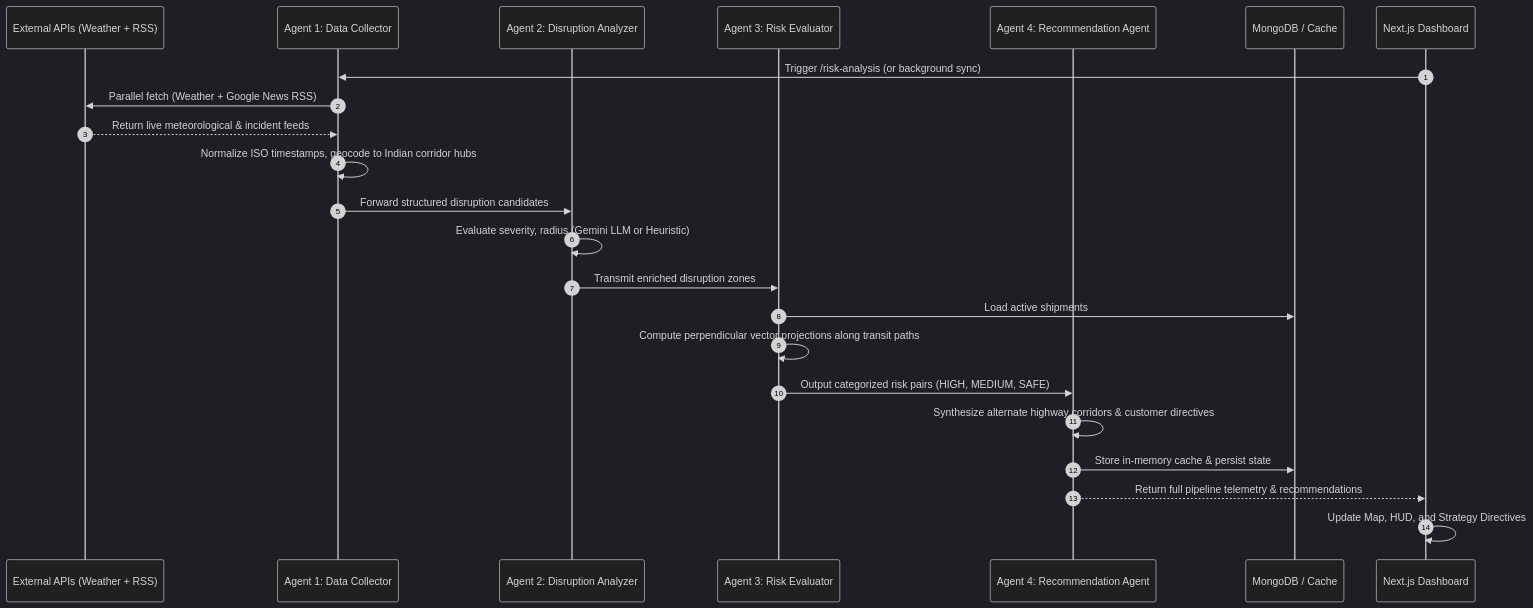
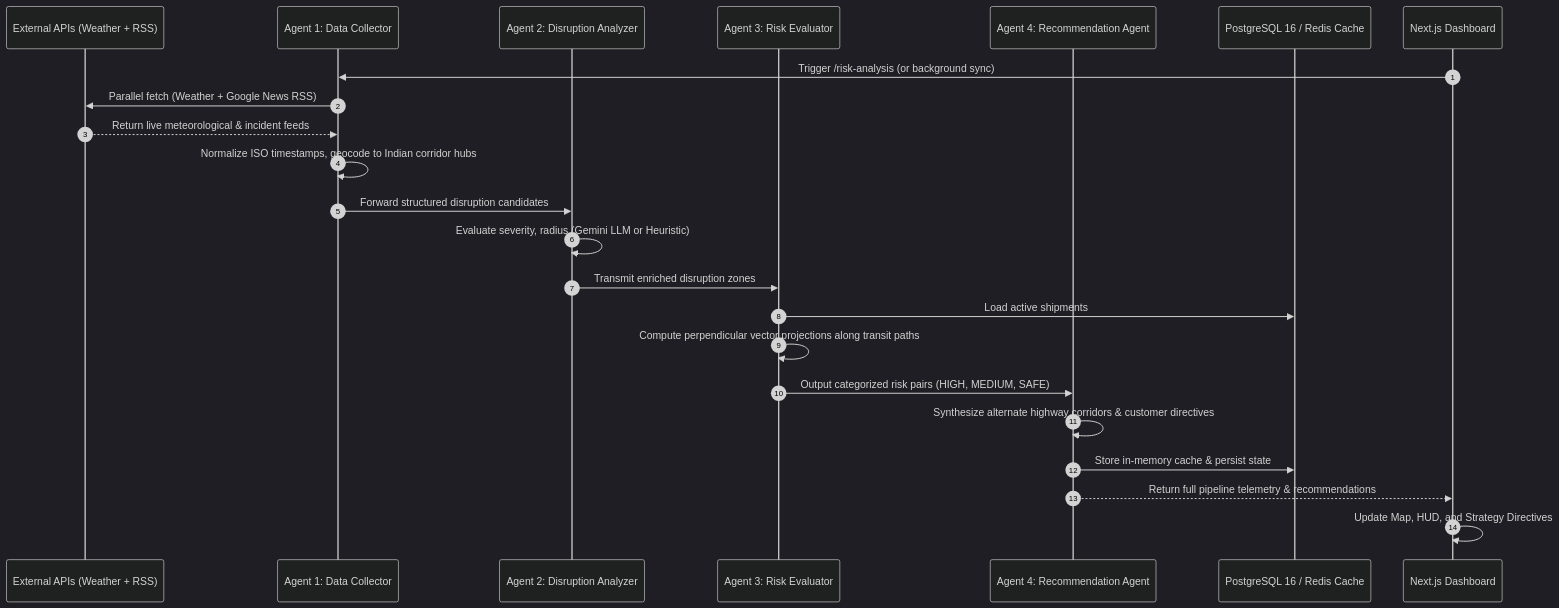
The second of 2 diagrams in PROJECT_COMPLETE_SYSTEM_DESCRIPTION.md (Jeyasaravanan18/Logistics_Disruption_Intelligence_Agent), drawn with Mermaid (dark theme) before and after one commit. The commit also changed other lines of this file and 1 other file, not shown here.

Commit message:
docs: finalize phase 8 self-audit and system documentation with PostgreSQL 16 and measured numbers

````diff
--- a/PROJECT_COMPLETE_SYSTEM_DESCRIPTION.md
+++ b/PROJECT_COMPLETE_SYSTEM_DESCRIPTION.md
@@ -76,26 +77,26 @@
 ```mermaid
 sequenceDiagram
     autonumber
     participant Ext as External APIs (Weather + RSS)
     participant DC as Agent 1: Data Collector
     participant DA as Agent 2: Disruption Analyzer
     participant RE as Agent 3: Risk Evaluator
     participant RA as Agent 4: Recommendation Agent
-    participant DB as MongoDB / Cache
+    participant DB as PostgreSQL 16 / Redis Cache
     participant UI as Next.js Dashboard
 
     UI->>DC: Trigger /risk-analysis (or background sync)
     DC->>Ext: Parallel fetch (Weather + Google News RSS)
     Ext-->>DC: Return live meteorological & incident feeds
     DC->>DC: Normalize ISO timestamps, geocode to Indian corridor hubs
     DC->>DA: Forward structured disruption candidates
     DA->>DA: Evaluate severity, radius (Gemini LLM or Heuristic)
     DA->>RE: Transmit enriched disruption zones
     RE->>DB: Load active shipments
     RE->>RE: Compute perpendicular vector projections along transit paths
     RE->>RA: Output categorized risk pairs (HIGH, MEDIUM, SAFE)
     RA->>RA: Synthesize alternate highway corridors & customer directives
     RA->>DB: Store in-memory cache & persist state
     RA-->>UI: Return full pipeline telemetry & recommendations
     UI->>UI: Update Map, HUD, and Strategy Directives
 ```
````
